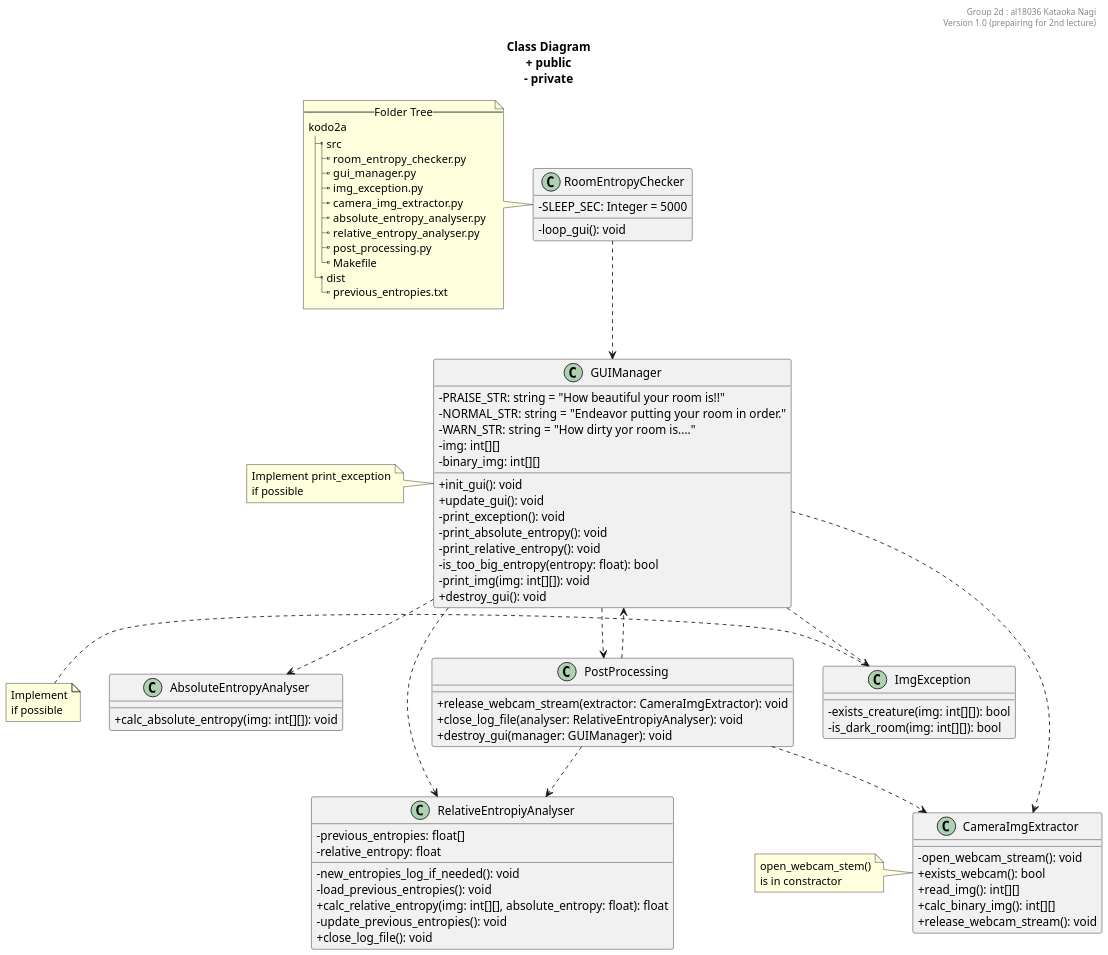
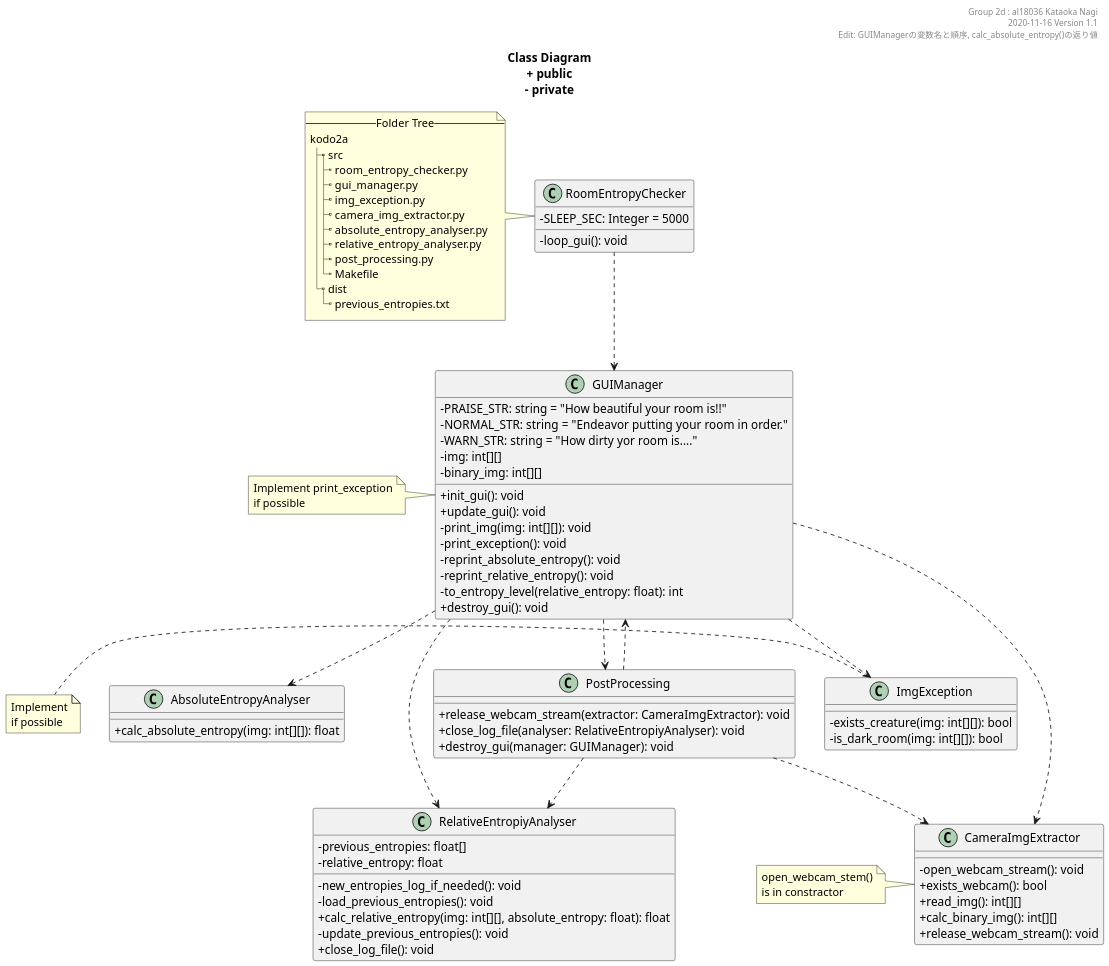
The diagram in uml/class_diagram.pu (Kdai58/kodo2a), drawn with PlantUML before and after one commit. The commit also changed other lines of this file and 2 other files, not shown here.

Commit message:
クラス図のGUIとCameraの名称、順番、引数変更

```diff
--- a/uml/class_diagram.pu
+++ b/uml/class_diagram.pu
@@ -11,7 +12,8 @@
 
 header 
 Group 2d : al18036 Kataoka Nagi
-Version 1.0 (prepairing for 2nd lecture)
+2020-11-16 Version 1.1
+Edit: GUIManagerの変数名と順序, calc_absolute_entropy()の返り値
 end header
 
 title
@@ -69,11 +71,11 @@
 
   + init_gui(): void
   + update_gui(): void
+  - print_img(img: int[][]): void
   - print_exception(): void
-  - print_absolute_entropy(): void
-  - print_relative_entropy(): void
-  - is_too_big_entropy(entropy: float): bool
-  - print_img(img: int[][]): void
+  - reprint_absolute_entropy(): void
+  - reprint_relative_entropy(): void
+  - to_entropy_level(relative_entropy: float): int
   + destroy_gui(): void
 }
 note left
@@ -113,7 +115,7 @@
 class AbsoluteEntropyAnalyser {
   ' - AbsoluteEntropy: float = 0.0f
 
-  + calc_absolute_entropy(img: int[][]): void
+  + calc_absolute_entropy(img: int[][]): float
   ' + get_absolute_entropy(): float
 }
 
```
